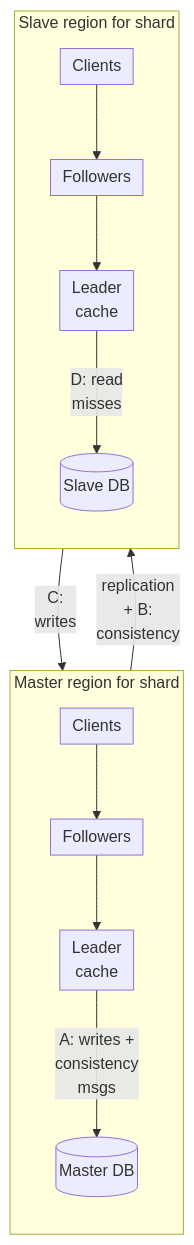
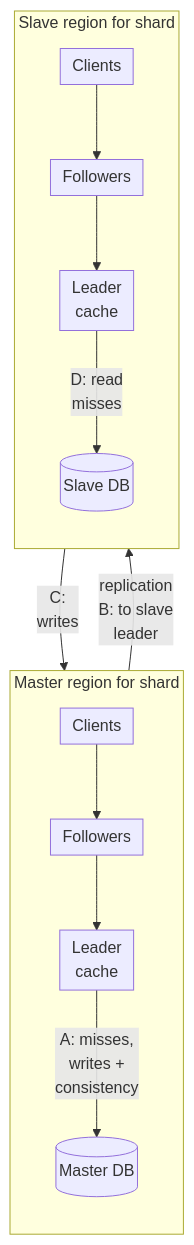
Before and after one commit to mimi146/blog: the second of 2 diagrams in src/content/blog/tao-facebooks-social-graph-store.md, drawn with Mermaid. The commit also changed other lines of this file, not shown here.

````diff
--- a/src/content/blog/tao-facebooks-social-graph-store.md
+++ b/src/content/blog/tao-facebooks-social-graph-store.md
@@ -59,20 +59,20 @@
 ```mermaid
 %%{init: {"flowchart": {"nodeSpacing": 12, "padding": 6, "diagramPadding": 4}}}%%
 flowchart TB
     accTitle: Multi-region TAO master and slave
-    accDescr: In the master region, clients hit followers, which talk to a leader cache that writes to the master database. Replication carries data and consistency messages to the slave region database. The slave region leader sends writes to the master leader and serves read misses from the slave database.
+    accDescr: In the master region, clients hit followers, which talk to a leader cache that sends read misses, writes, and embedded consistency messages to the master database (A). Replication updates the slave database; the consistency messages embedded in it are then delivered to the slave leader cache (B). The slave leader sends writes to the master leader (C) and read misses to the slave database (D).
     subgraph Master["Master region for shard"]
         direction TB
         MC["Clients"] --> MF["Followers"]
         MF --> ML["Leader<br/>cache"]
-        ML -->|"A: writes +<br/>consistency<br/>msgs"| MDB[("Master DB")]
+        ML -->|"A: misses,<br/>writes +<br/>consistency"| MDB[("Master DB")]
     end
     subgraph Slave["Slave region for shard"]
         direction TB
         SC["Clients"] --> SF["Followers"]
         SF --> SL["Leader<br/>cache"]
         SL -->|"D: read<br/>misses"| SDB[("Slave DB")]
     end
-    MDB -->|"replication<br/>+ B:<br/>consistency"| SDB
+    MDB -->|"replication<br/>B: to slave<br/>leader"| SDB
     SL -->|"C:<br/>writes"| ML
 ```
````
